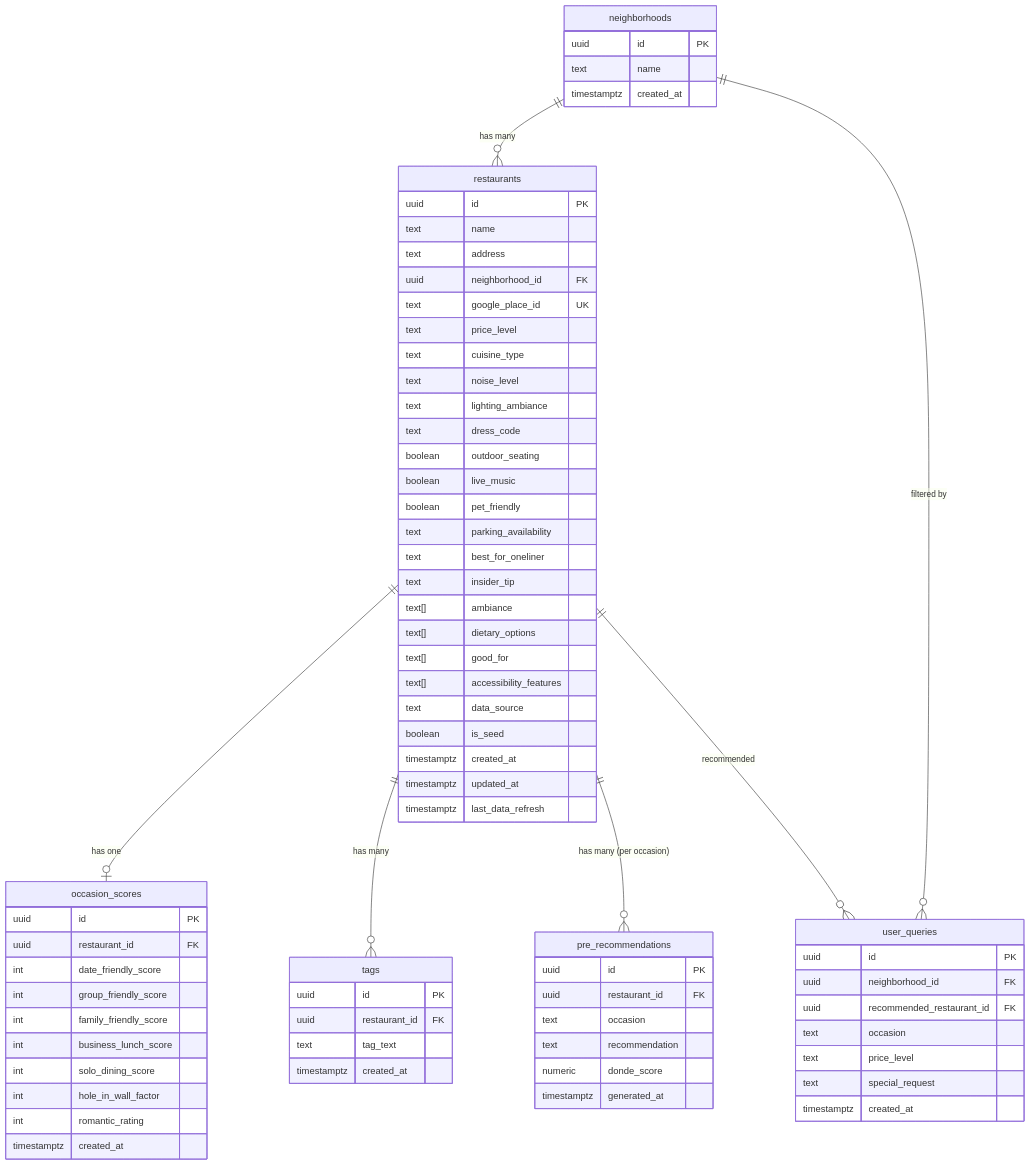
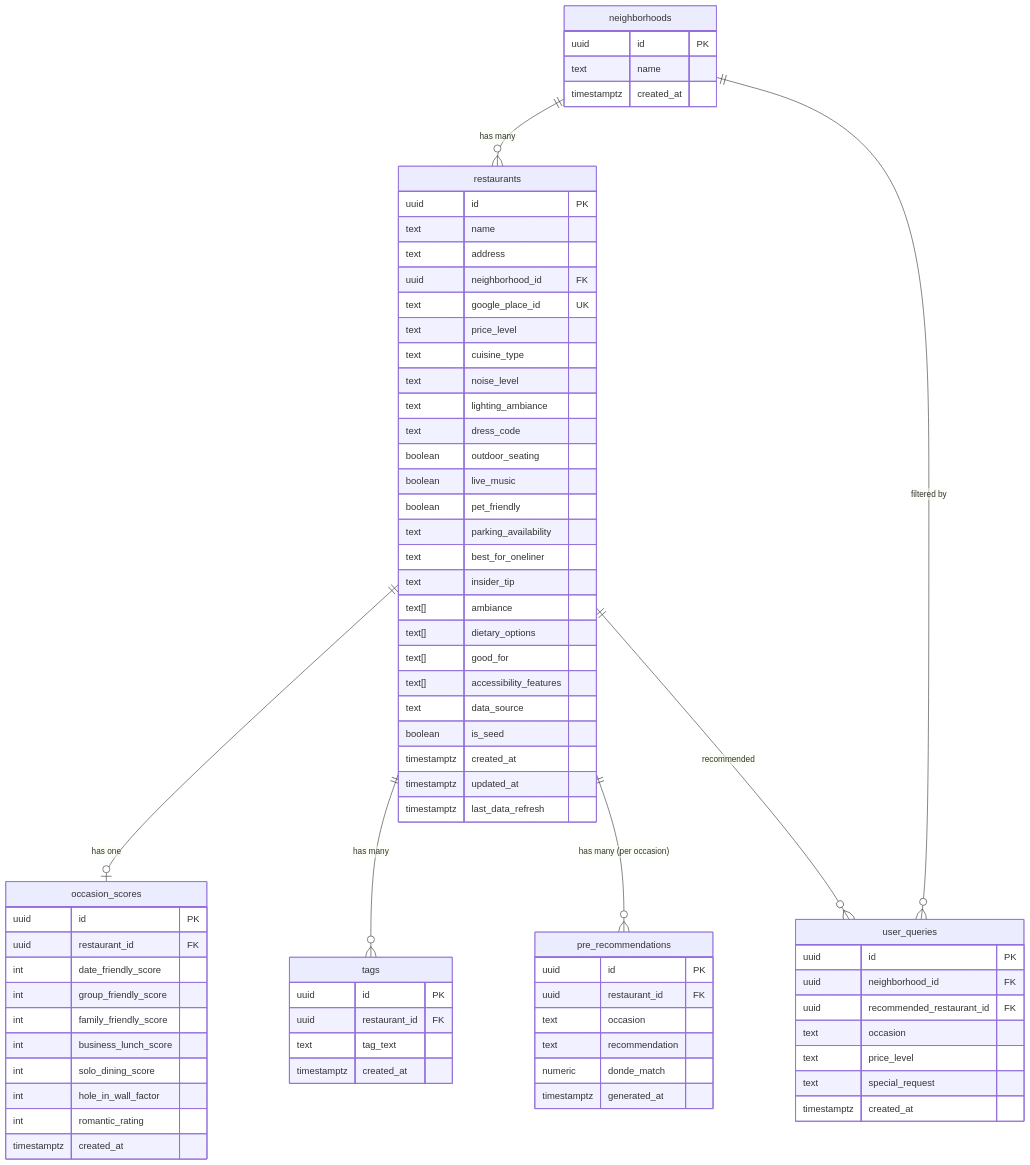
The sixth of 10 diagrams in docs/system-architecture.md (aacrit/dondeBackend), drawn with Mermaid before and after one commit. The commit also changed other lines of this file and 9 other files, not shown here.

First line of the commit message:
Replace donde_score (0-10) with donde_match (60-99% confidence)

````diff
--- a/docs/system-architecture.md
+++ b/docs/system-architecture.md
@@ -217,82 +217,82 @@
 ```mermaid
 erDiagram
     neighborhoods {
         uuid id PK
         text name
         timestamptz created_at
     }
 
     restaurants {
         uuid id PK
         text name
         text address
         uuid neighborhood_id FK
         text google_place_id UK
         text price_level
         text cuisine_type
         text noise_level
         text lighting_ambiance
         text dress_code
         boolean outdoor_seating
         boolean live_music
         boolean pet_friendly
         text parking_availability
         text best_for_oneliner
         text insider_tip
         text[] ambiance
         text[] dietary_options
         text[] good_for
         text[] accessibility_features
         text data_source
         boolean is_seed
         timestamptz created_at
         timestamptz updated_at
         timestamptz last_data_refresh
     }
 
     occasion_scores {
         uuid id PK
         uuid restaurant_id FK
         int date_friendly_score
         int group_friendly_score
         int family_friendly_score
         int business_lunch_score
         int solo_dining_score
         int hole_in_wall_factor
         int romantic_rating
         timestamptz created_at
     }
 
     tags {
         uuid id PK
         uuid restaurant_id FK
         text tag_text
         timestamptz created_at
     }
 
     pre_recommendations {
         uuid id PK
         uuid restaurant_id FK
         text occasion
         text recommendation
-        numeric donde_score
+        numeric donde_match
         timestamptz generated_at
     }
 
     user_queries {
         uuid id PK
         uuid neighborhood_id FK
         uuid recommended_restaurant_id FK
         text occasion
         text price_level
         text special_request
         timestamptz created_at
     }
 
     neighborhoods ||--o{ restaurants : "has many"
     restaurants ||--o| occasion_scores : "has one"
     restaurants ||--o{ tags : "has many"
     restaurants ||--o{ pre_recommendations : "has many (per occasion)"
     neighborhoods ||--o{ user_queries : "filtered by"
     restaurants ||--o{ user_queries : "recommended"
 ```
````
